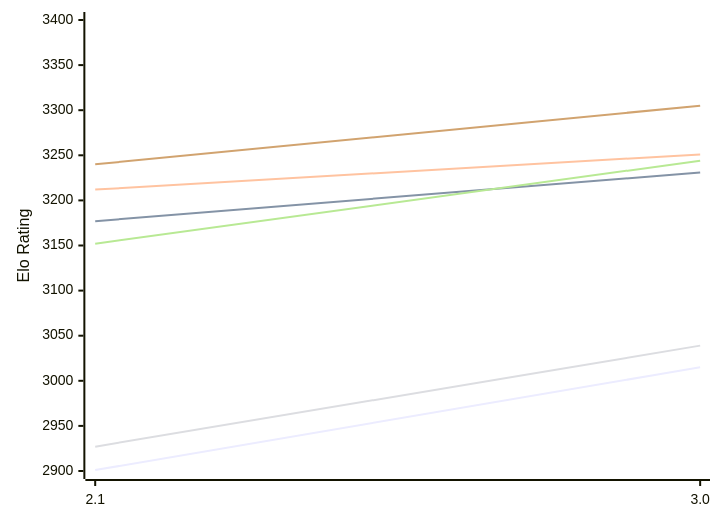
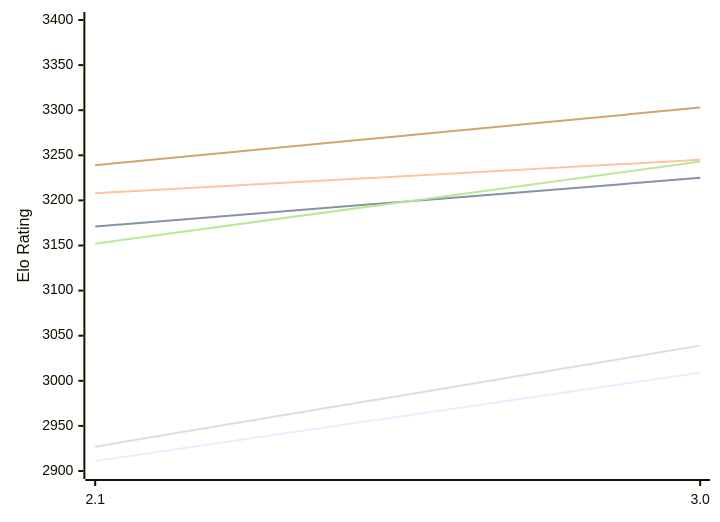
One commit to computer-chess-index/cci changed the first of 2 diagrams in engines/Quirky.md. Above: the diagram before and after it, drawn with Mermaid. The commit also changed other lines of this file, not shown here.

Commit message:
Update CCI Ratings (ELO VLTC) - 2026-11-26

````diff
--- a/engines/Quirky.md
+++ b/engines/Quirky.md
@@ -50,12 +50,12 @@
 ```mermaid
 %%{init: {"theme":"base","themeVariables":{"seriesColors:['#a3a3a3','#222221','#faa371']}}}%%
 xychart-beta
   x-axis ["2.1", "3.0"]
   y-axis "Elo Rating" 2900 --> 3400
-  line "E1: STC (8.0+0.08s)" [2901, 3015]
-  line "E1: LTC (60.0+0.60s)" [3177, 3231]
-  line "E1: VLTC (2m24s+1.12s)" [3212, 3251]
+  line "E1: STC (8.0+0.08s)" [2911, 3009]
+  line "E1: LTC (60.0+0.60s)" [3171, 3225]
+  line "E1: VLTC (2m24s+1.12s)" [3208, 3245]
   line "P1: STC (8.0+0.08s)" [2927, 3039]
-  line "P1: LTC (60.0+0.60s)" [3152, 3244]
-  line "P1: VLTC (2m24s+1.12s)" [3240, 3305]
+  line "P1: LTC (60.0+0.60s)" [3152, 3243]
+  line "P1: VLTC (2m24s+1.12s)" [3239, 3303]
 ```
````
